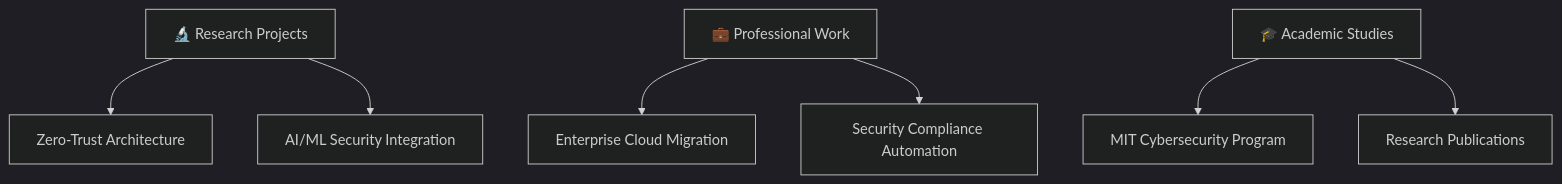
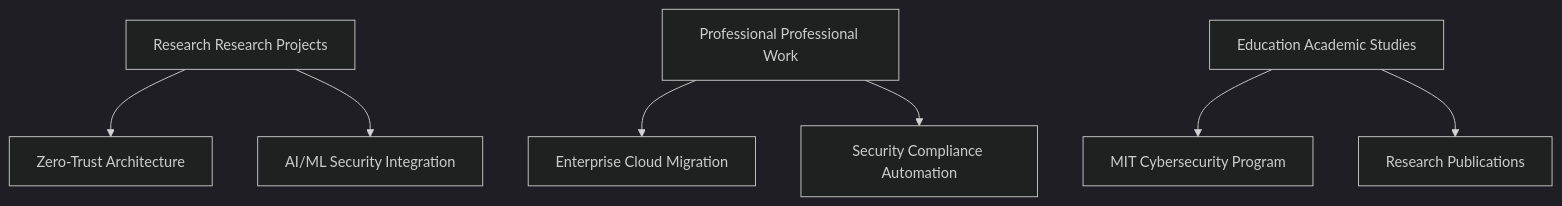
The diagram in README.md (a-ariff/a-ariff), drawn with Mermaid (dark theme) before and after one commit. The commit also changed other lines of this file, not shown here.

````diff
--- a/README.md
+++ b/README.md
@@ -134,9 +125,9 @@
 ```mermaid
 graph TD
-    A[🔬 Research Projects] --> B[Zero-Trust Architecture]
+    A[Research Research Projects] --> B[Zero-Trust Architecture]
     A --> C[AI/ML Security Integration]
-    D[💼 Professional Work] --> E[Enterprise Cloud Migration]
+    D[Professional Professional Work] --> E[Enterprise Cloud Migration]
     D --> F[Security Compliance Automation]
-    G[🎓 Academic Studies] --> H[MIT Cybersecurity Program]
+    G[Education Academic Studies] --> H[MIT Cybersecurity Program]
     G --> I[Research Publications]
 ```
````
